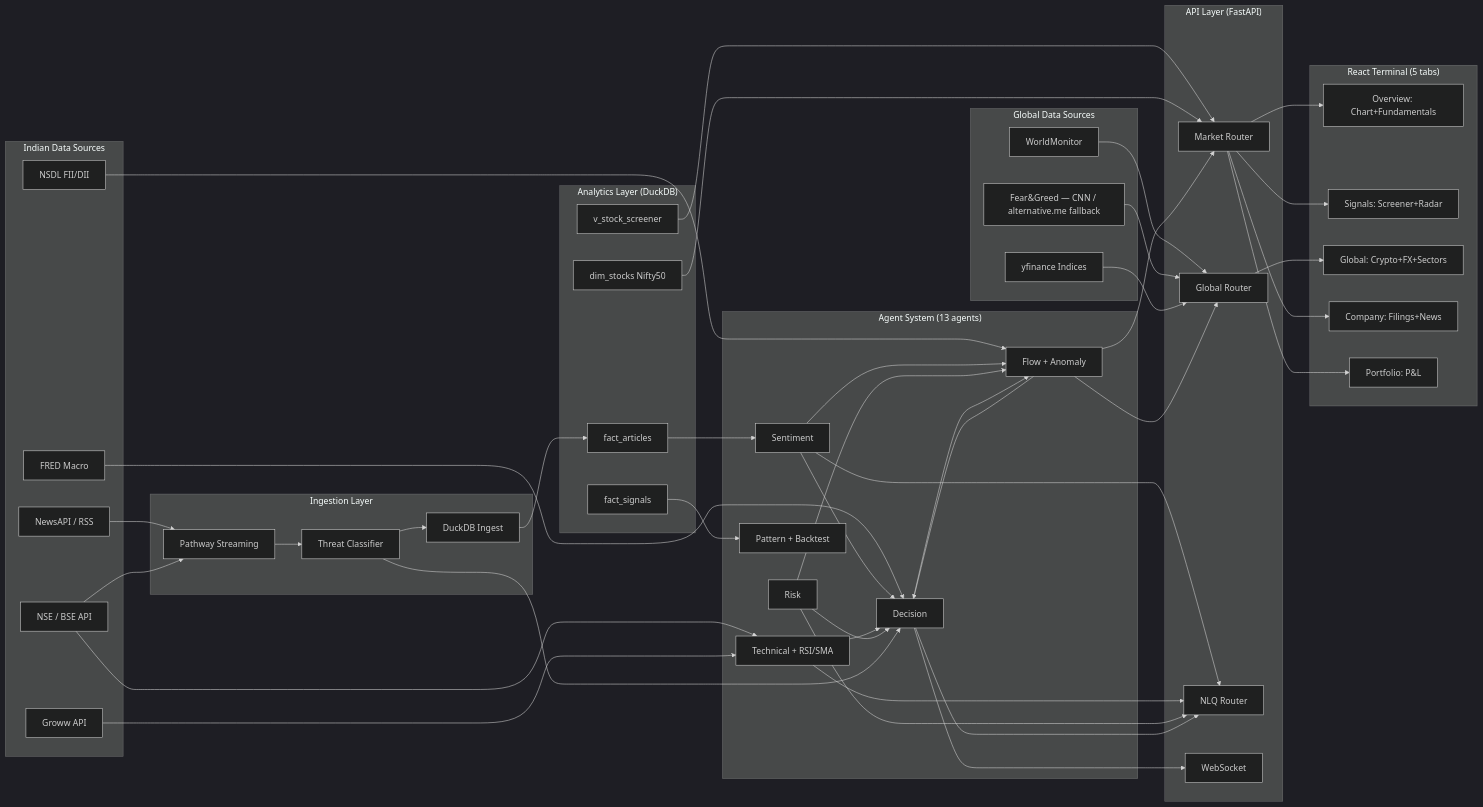
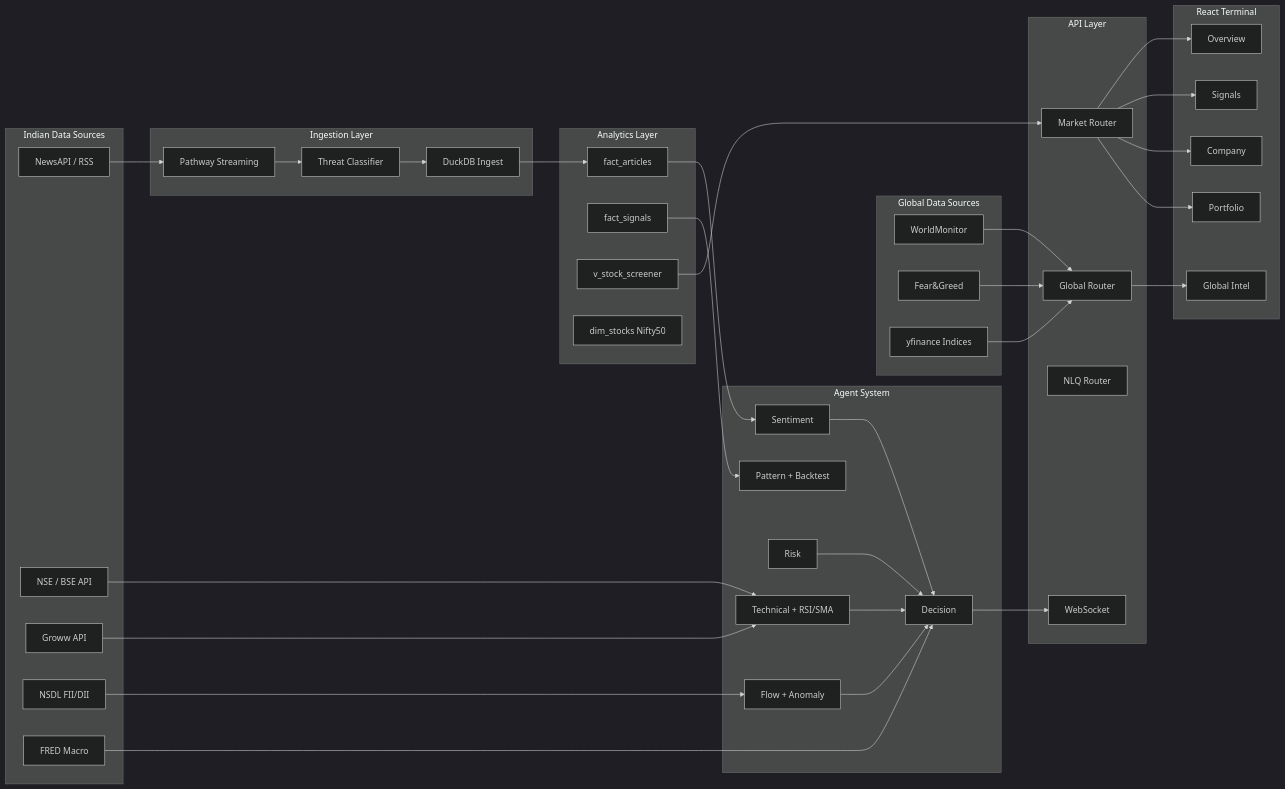
One commit to wildcraft958/AlphaStream_India changed the diagram in docs/ARCHITECTURE.md. Above: the diagram before and after it, drawn with Mermaid (dark theme). The commit also changed other lines of this file and 8 other files, not shown here.

````diff
--- a/docs/ARCHITECTURE.md
+++ b/docs/ARCHITECTURE.md
@@ -29,7 +92,7 @@
 
     subgraph "Global Data Sources"
         G1[WorldMonitor]
-        G2[Fear&Greed — CNN / alternative.me fallback]
+        G2[Fear&Greed]
         G3[yfinance Indices]
     end
 
@@ -39,14 +102,14 @@
         B3[DuckDB Ingest]
     end
 
-    subgraph "Analytics Layer (DuckDB)"
+    subgraph "Analytics Layer"
         C1[fact_articles]
         C2[fact_signals]
         C3[v_stock_screener]
         C4[dim_stocks Nifty50]
     end
 
-    subgraph "Agent System (13 agents)"
+    subgraph "Agent System"
         D1[Sentiment]
         D2[Technical + RSI/SMA]
         D3[Risk]
@@ -55,26 +118,22 @@
         D6[Pattern + Backtest]
     end
 
-    subgraph "API Layer (FastAPI)"
+    subgraph "API Layer"
         E1[Market Router]
         E2[Global Router]
         E3[NLQ Router]
         E4[WebSocket]
     end
 
-    subgraph "React Terminal (5 tabs)"
-        F1[Overview: Chart+Fundamentals]
-        F2[Signals: Screener+Radar]
-        F3[Global: Crypto+FX+Sectors]
-        F4[Company: Filings+News]
-        F5[Portfolio: P&L]
+    subgraph "React Terminal"
+        F1[Overview]
+        F2[Signals]
+        F3[Global Intel]
+        F4[Company]
+        F5[Portfolio]
     end
 
-    A1 --> B1
-    A2 --> B1
-    B1 --> B2
-    B2 --> B3
-    B3 --> C1
+    A1 --> B1 --> B2 --> B3 --> C1
     A2 --> D2
     A3 --> D2
     A4 --> D5
@@ -85,19 +144,11 @@
     C1 --> D1
     C2 --> D6
     C3 --> E1
-    C4 --> E1
     D1 --> D4
     D2 --> D4
     D3 --> D4
     D5 --> D4
     D4 --> E4
-    E1 --> F1
-    E1 --> F2
+    E1 --> F1 & F2 & F4 & F5
     E2 --> F3
-    E1 --> F4
-    E1 --> F5
-    B2 --> D4
-    D1 & D3 & D4 --> D5
-    D5 --> E1 & E2
-    D1 & D2 & D3 & D4 --> E3
 ```
````
